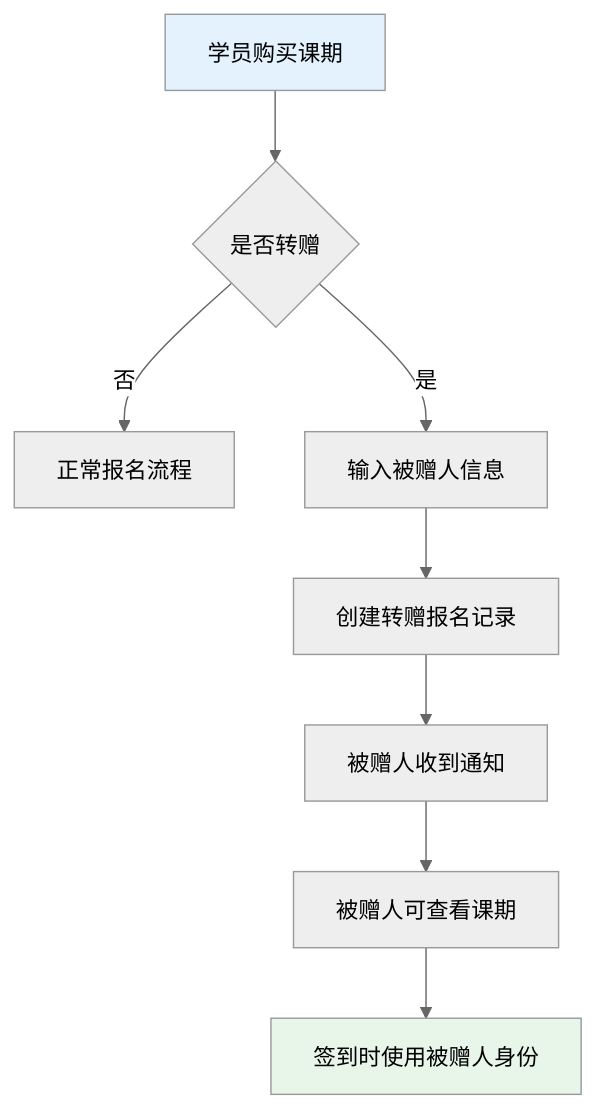
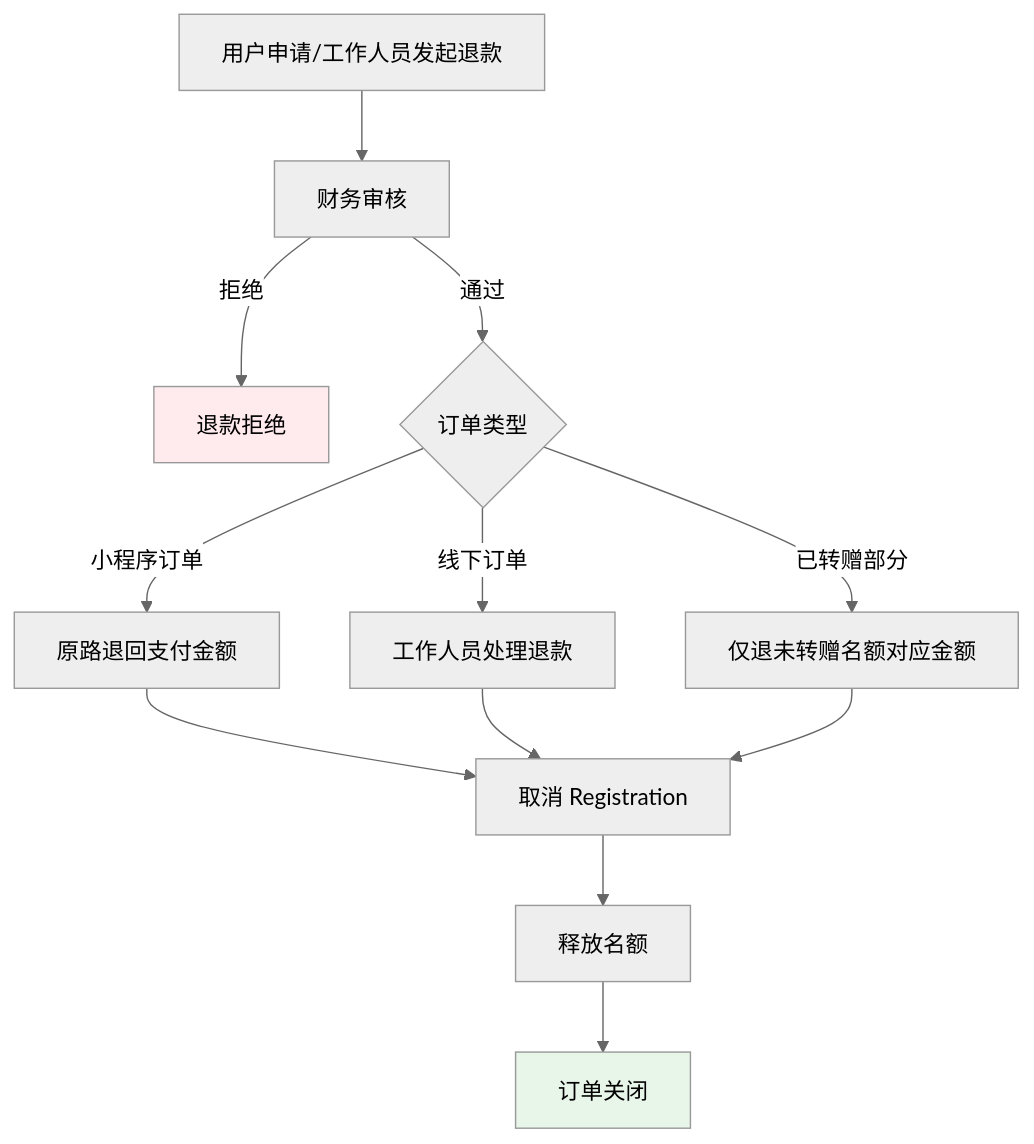
The ninth of 9 diagrams in 课程培训平台/PRD.md (zingxy/side-job), drawn with Mermaid (neutral theme) before and after one commit. The commit also changed other lines of this file and 1 other file, not shown here.

````diff
--- a/课程培训平台/PRD.md
+++ b/课程培训平台/PRD.md
@@ -560,13 +778,19 @@
 ```mermaid
 flowchart TD
-    A[学员购买课期] --> B{是否转赠}
-    B -->|否| C[正常报名流程]
-    B -->|是| D[输入被赠人信息]
-    D --> E[创建转赠报名记录]
-    E --> F[被赠人收到通知]
-    F --> G[被赠人可查看课期]
-    G --> H[签到时使用被赠人身份]
-
-    style A fill:#e3f2fd
-    style H fill:#e8f5e9
+    A[用户申请/工作人员发起退款] --> B[财务审核]
+    B -->|拒绝| C[退款拒绝]
+    B -->|通过| D{订单类型}
+    
+    D -->|小程序订单| E[原路退回支付金额]
+    D -->|线下订单| F[工作人员处理退款]
+    D -->|已转赠部分| G[仅退未转赠名额对应金额]
+    
+    E --> H[取消 Registration]
+    F --> H
+    G --> H
+    H --> I[释放名额]
+    I --> J[订单关闭]
+    
+    style C fill:#ffebee
+    style J fill:#e8f5e9
 ```
````
